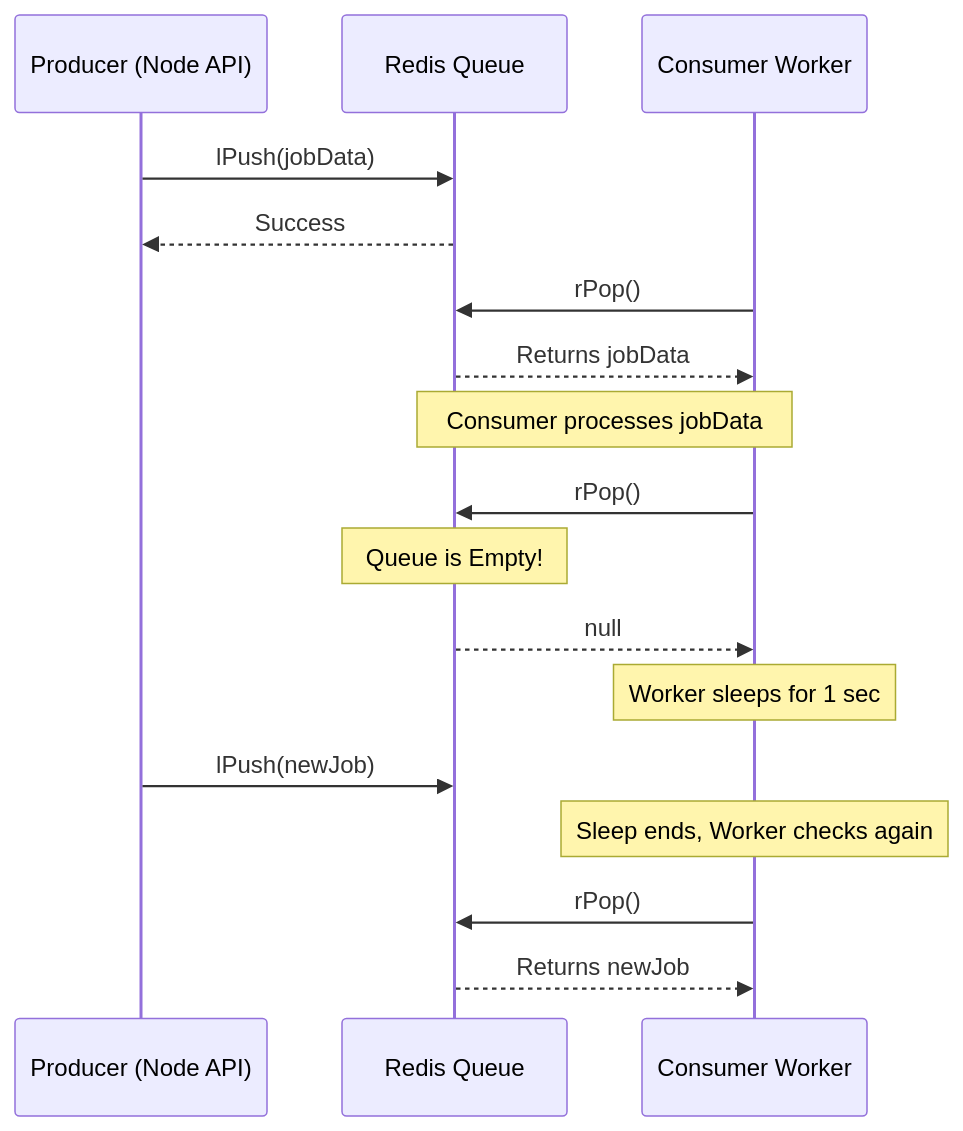
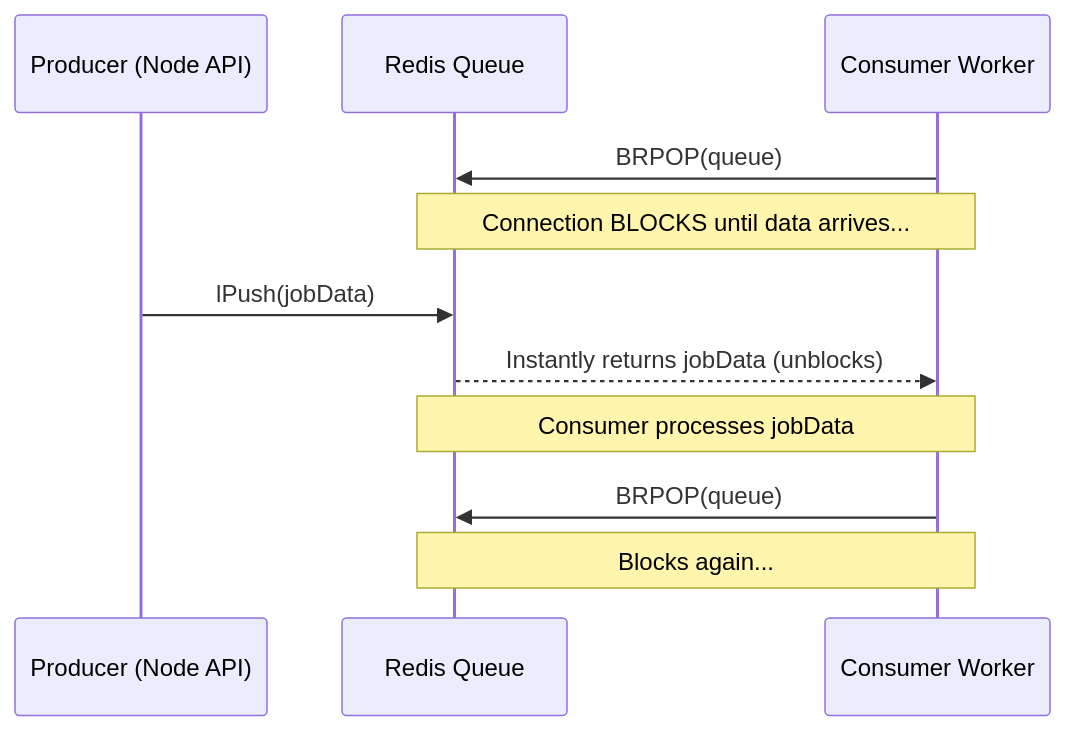
The second of 2 diagrams in 1. High-Level System Design Concepts.md (Aryns293/QueueFlow-prep), drawn with Mermaid before and after one commit. The commit also changed other lines of this file, not shown here.

Commit message:
Update high-level system design concepts to reflect BRPOP blocking architecture

````diff
--- a/1. High-Level System Design Concepts.md
+++ b/1. High-Level System Design Concepts.md
@@ -40,23 +40,17 @@
 ```mermaid
 sequenceDiagram
     participant P as Producer (Node API)
     participant Q as Redis Queue
     participant C as Consumer Worker
 
+    C->>Q: BRPOP(queue)
+    Note over Q, C: Connection BLOCKS until data arrives...
+    
     P->>Q: lPush(jobData)
-    Q-->>P: Success
-    C->>Q: rPop()
-    Q-->>C: Returns jobData
+    Q-->>C: Instantly returns jobData (unblocks)
     
     Note over C, Q: Consumer processes jobData
     
-    C->>Q: rPop()
-    Note over Q: Queue is Empty!
-    Q-->>C: null
-    Note over C: Worker sleeps for 1 sec
-    
-    P->>Q: lPush(newJob)
-    Note over C: Sleep ends, Worker checks again
-    C->>Q: rPop()
-    Q-->>C: Returns newJob
+    C->>Q: BRPOP(queue)
+    Note over Q, C: Blocks again...
 ```
````
